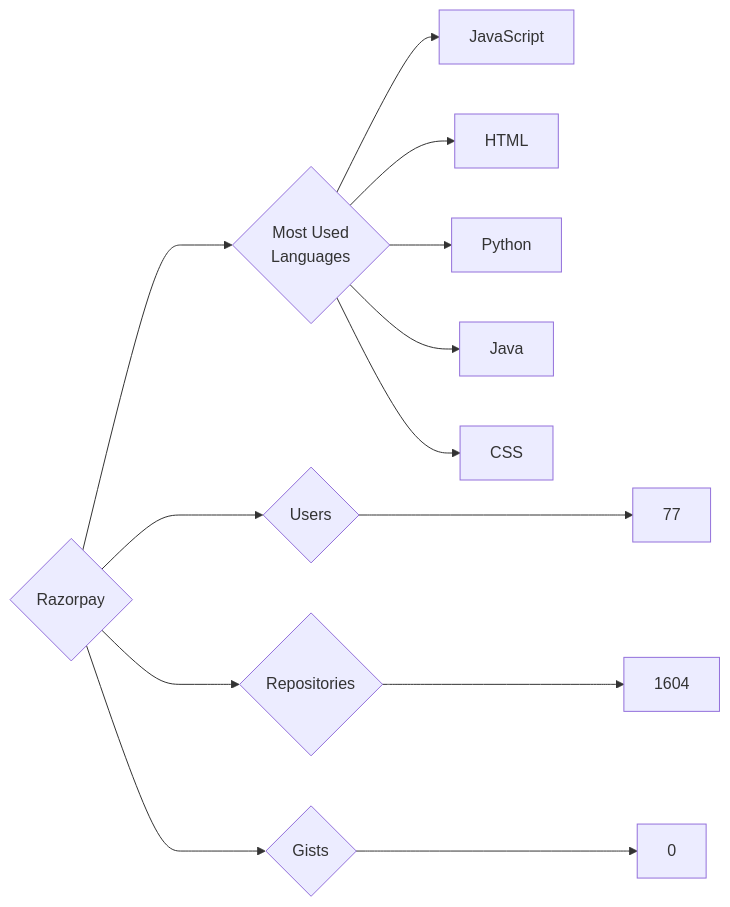
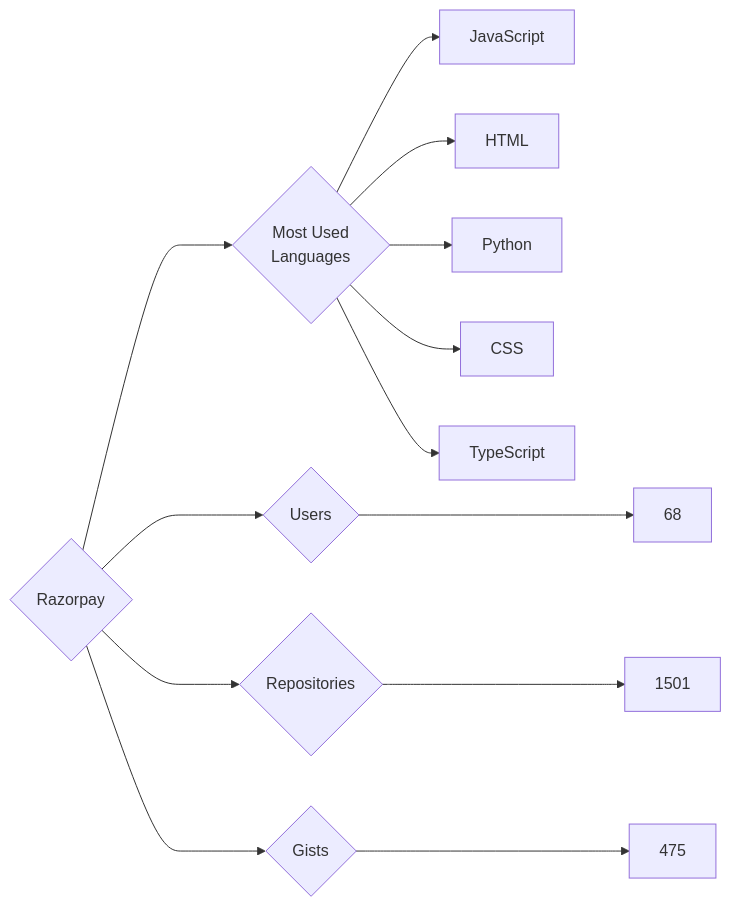
The diagram in targets/Razorpay/README.md (trickest/insiders), drawn with Mermaid before and after one commit. The commit also changed 997 other files, not shown here.

````diff
--- a/targets/Razorpay/README.md
+++ b/targets/Razorpay/README.md
@@ -3,13 +3,13 @@
 ```mermaid
 graph LR
 COMPANY_NAME{Razorpay}
-COMPANY_NAME ---> U{Users} ---> UN[77]
-COMPANY_NAME ---> R{Repositories} ---> RN[1604]
-COMPANY_NAME ---> G{Gists} ---> GN[0]
+COMPANY_NAME ---> U{Users} ---> UN[68]
+COMPANY_NAME ---> R{Repositories} ---> RN[1501]
+COMPANY_NAME ---> G{Gists} ---> GN[475]
 COMPANY_NAME ---> ML{Most Used<br>Languages}
-ML --> JavaScript
-ML --> HTML
-ML --> Python
-ML --> Java
-ML --> CSS
+ML --> JavaScript[JavaScript]
+ML --> HTML[HTML]
+ML --> Python[Python]
+ML --> CSS[CSS]
+ML --> TypeScript[TypeScript]
 ```
````
